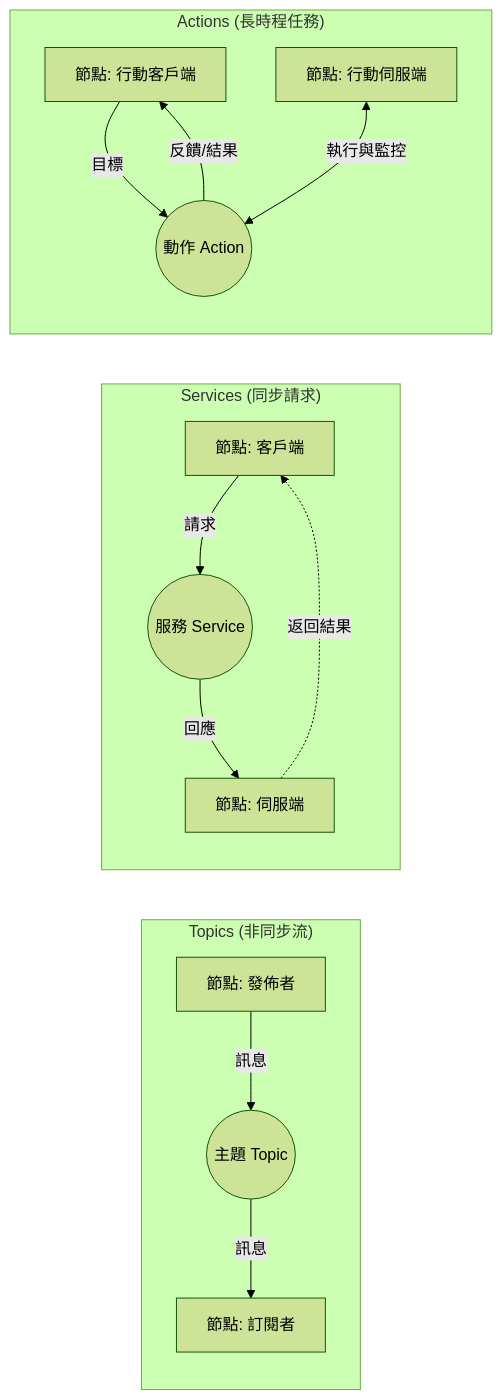
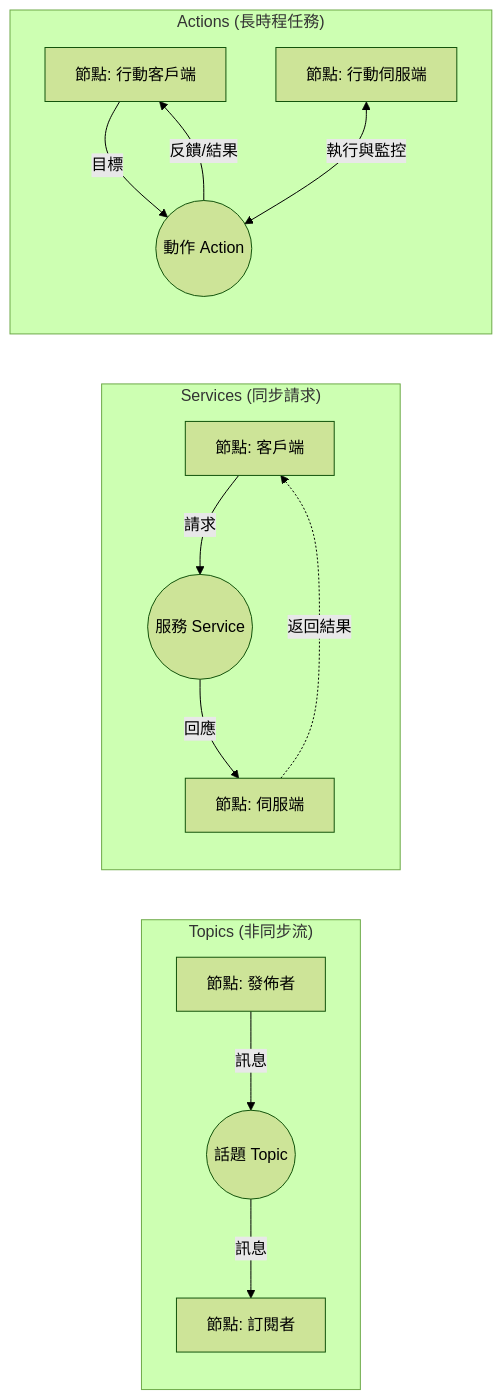
Before and after one commit to weilingwu772/roshelp: the diagram in ROS_Introduction.md, drawn with Mermaid (forest theme). The commit also changed other lines of this file, not shown here.

````diff
--- a/ROS_Introduction.md
+++ b/ROS_Introduction.md
@@ -82,23 +65,23 @@
 ```mermaid
 %% ROS2 節點通訊機制示意圖
 graph LR
     %% Topics 模式
     subgraph "Topics (非同步流)"
-        Pub[節點: 發佈者] -->|訊息| T((主題 Topic))
+        Pub[節點: 發佈者] -->|訊息| T((話題 Topic))
         T -->|訊息| Sub[節點: 訂閱者]
     end
 
     %% Services 模式
     subgraph "Services (同步請求)"
         Cli[節點: 客戶端] -->|請求| S((服務 Service))
         S -->|回應| Ser[節點: 伺服端]
         Ser -.->|返回結果| Cli
     end
 
     %% Actions 模式
     subgraph "Actions (長時程任務)"
         ACli[節點: 行動客戶端] -->|目標| A((動作 Action))
         A -->|反饋/結果| ACli
         ASer[節點: 行動伺服端] <-->|執行與監控| A
     end
 ```
````
